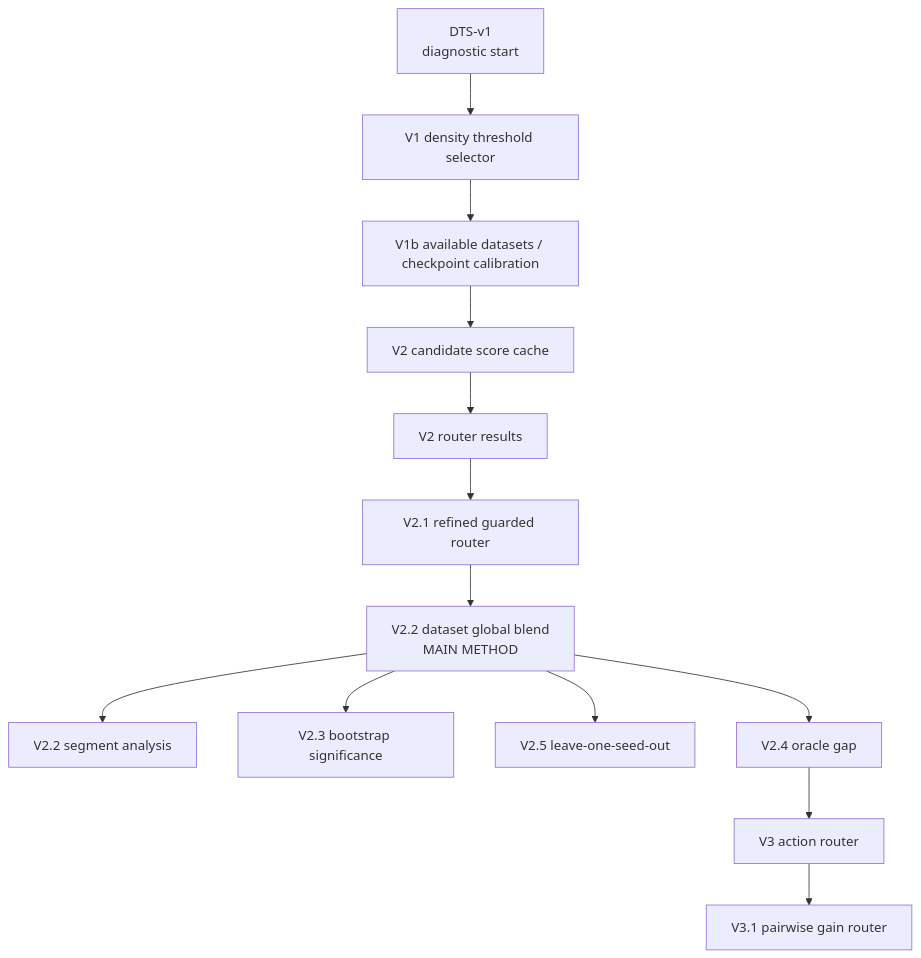
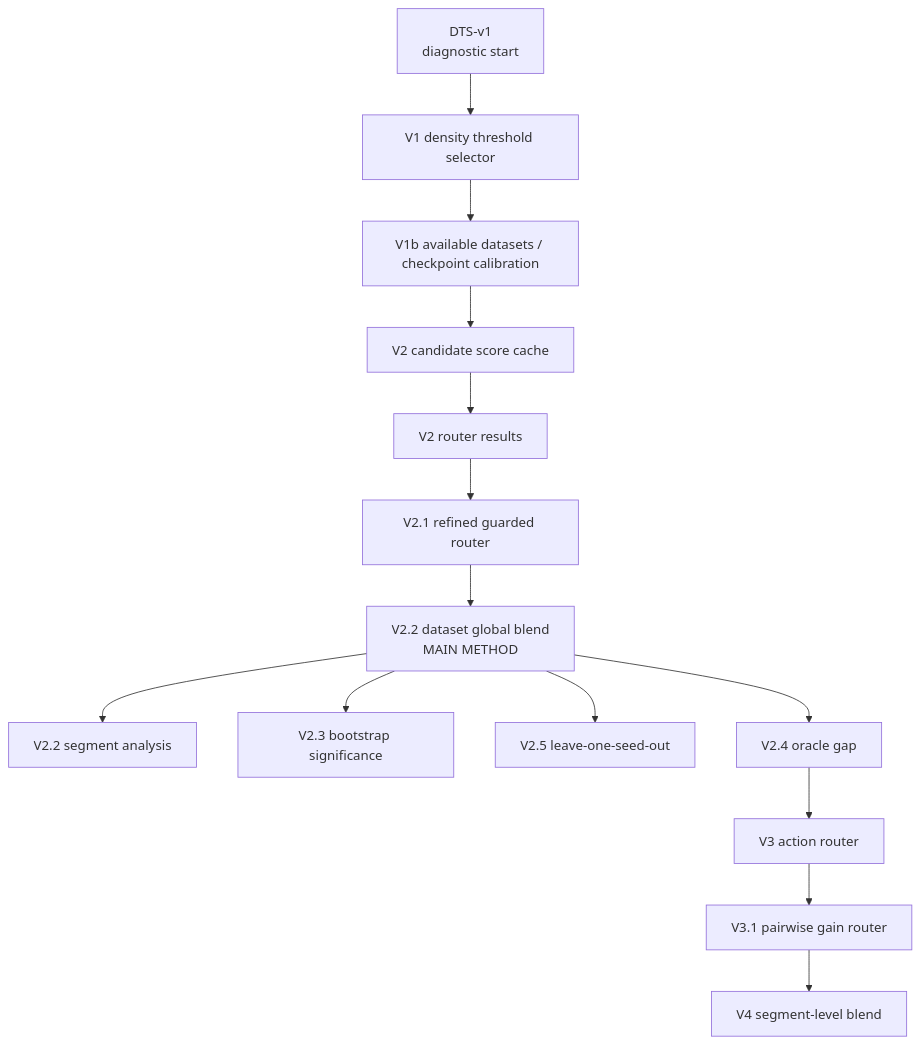
One commit to maohhuster/Thesis_20252_RecSys changed the third of 3 diagrams in extend_research/docs/Experiment_Overview_Architecture.md. Above: the diagram before and after it, drawn with Mermaid. The commit also changed other lines of this file and 7 other files, not shown here.

Commit message:
Add segment blend diagnostics and final report

````diff
--- a/extend_research/docs/Experiment_Overview_Architecture.md
+++ b/extend_research/docs/Experiment_Overview_Architecture.md
@@ -82,15 +82,16 @@
 ```mermaid
 flowchart TD
     A["DTS-v1<br/>diagnostic start"] --> B["V1 density threshold selector"]
     B --> C["V1b available datasets / checkpoint calibration"]
     C --> D["V2 candidate score cache"]
     D --> E["V2 router results"]
     E --> F["V2.1 refined guarded router"]
     F --> G["V2.2 dataset global blend<br/>MAIN METHOD"]
     G --> H["V2.2 segment analysis"]
     G --> I["V2.3 bootstrap significance"]
     G --> J["V2.5 leave-one-seed-out"]
     G --> K["V2.4 oracle gap"]
     K --> L["V3 action router"]
     L --> M["V3.1 pairwise gain router"]
+    M --> N["V4 segment-level blend"]
 ```
````
